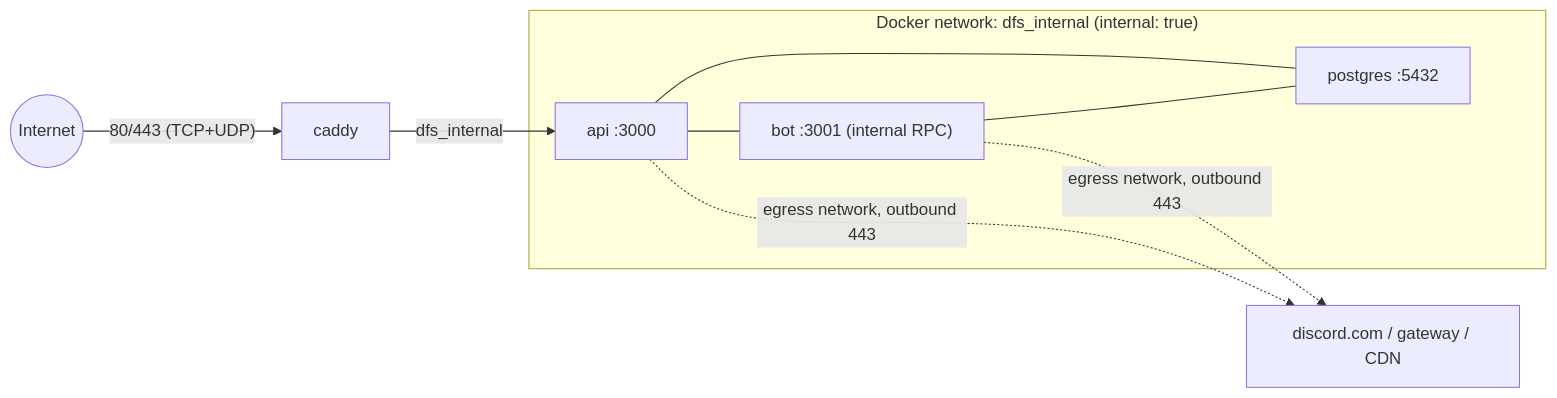
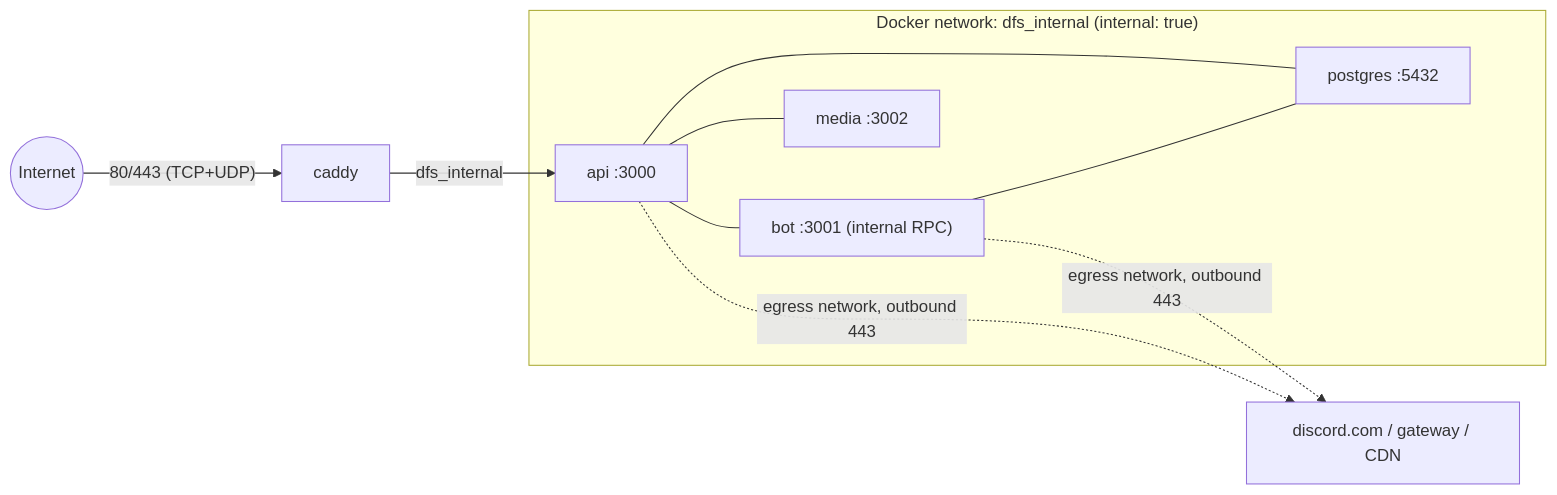
One commit to AlexB8675/DFS changed the second of 11 diagrams in docs/DESIGN.md. Above: the diagram before and after it, drawn with Mermaid. The commit also changed other lines of this file and 1 other file, not shown here.

````diff
--- a/docs/DESIGN.md
+++ b/docs/DESIGN.md
@@ -118,15 +123,17 @@
 ```mermaid
 flowchart LR
     I(("Internet")) -->|"80/443 (TCP+UDP)"| E["caddy"]
     subgraph dfs_internal["Docker network: dfs_internal (internal: true)"]
         A["api :3000"]
         B["bot :3001 (internal RPC)"]
         P["postgres :5432"]
+        M["media :3002"]
     end
     E -->|dfs_internal| A
     A --- B
     A --- P
     B --- P
+    A --- M
     B -.->|"egress network, outbound 443"| D["discord.com / gateway / CDN"]
     A -.->|"egress network, outbound 443"| D
 ```
````
